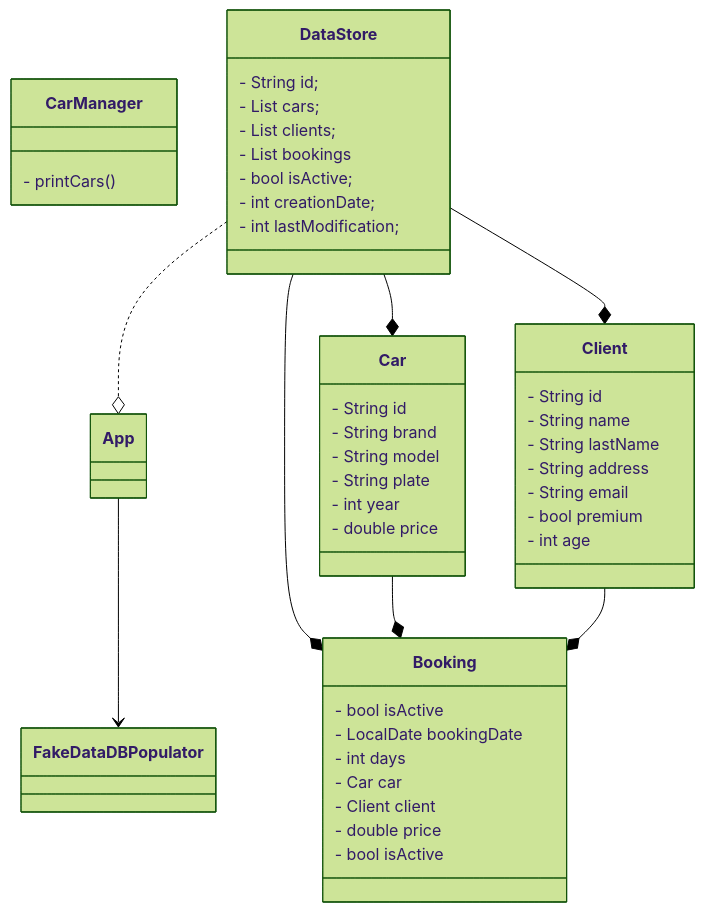
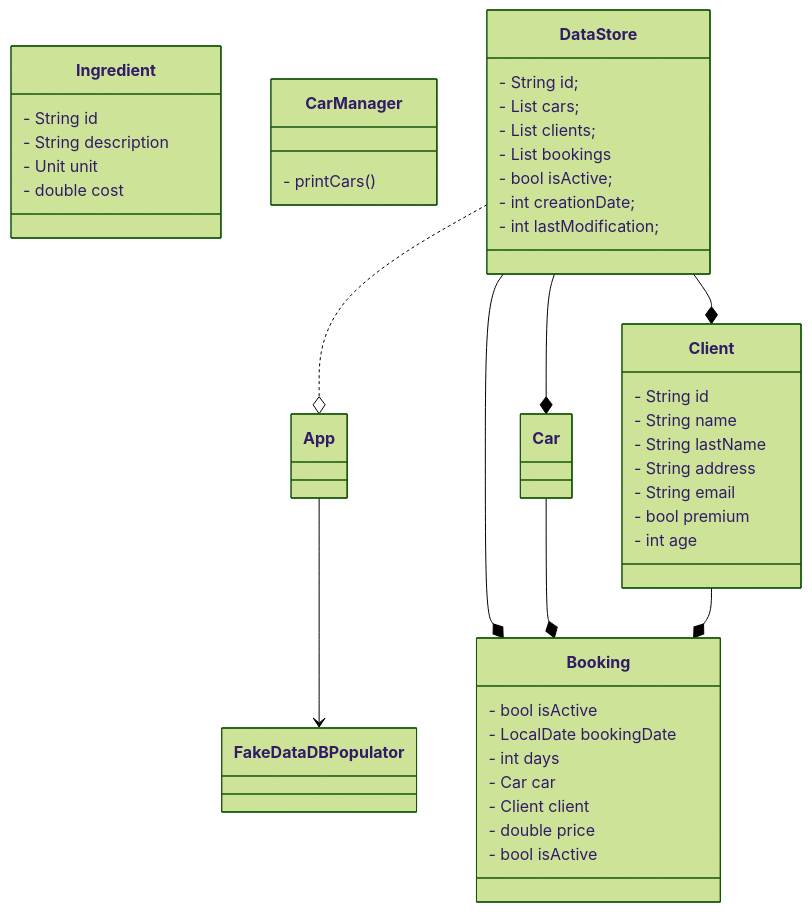
The diagram in docs/uml.md (cvilafer/Formulations), drawn with Mermaid (forest theme) before and after one commit. The commit also changed other lines of this file, not shown here.

Commit message:
Reformat UML Data Model and Formulations

````diff
--- a/docs/uml.md
+++ b/docs/uml.md
@@ -121,65 +121,63 @@
 ```mermaid
 classDiagram
     class App {
 
     } 
 
-    class Car{
+    class Ingredient{
       - String id
-      - String brand
-      - String model
-      - String plate
-      - int year
-      - double price
+      - String description
+      - Unit unit
+      - double cost    
     }
     class Client{
       - String id
       - String name
       - String lastName
       - String address
       - String email
       - bool premium
       - int age
     }
     class Booking{
       - bool isActive
       - LocalDate bookingDate
       - int days
       - Car car
       - Client client
       - double price
       - bool isActive  
 
     }
 
     class FakeDataDBPopulator {
     }
 
     class CarManager {
 
      - printCars()
 
     }
 
     class DataStore {
 
     - String id;
     - List<Car> cars;
     - List<Client> clients;
     - List <Booking> bookings
     - bool isActive;
     - int creationDate;
     - int lastModification;
 
 
      }
 
 
     App --> FakeDataDBPopulator
     DataStore ..o App
     DataStore --* Car
     DataStore --* Booking
     DataStore --* Client
     Car --* Booking
     Client --* Booking
 ```
````
